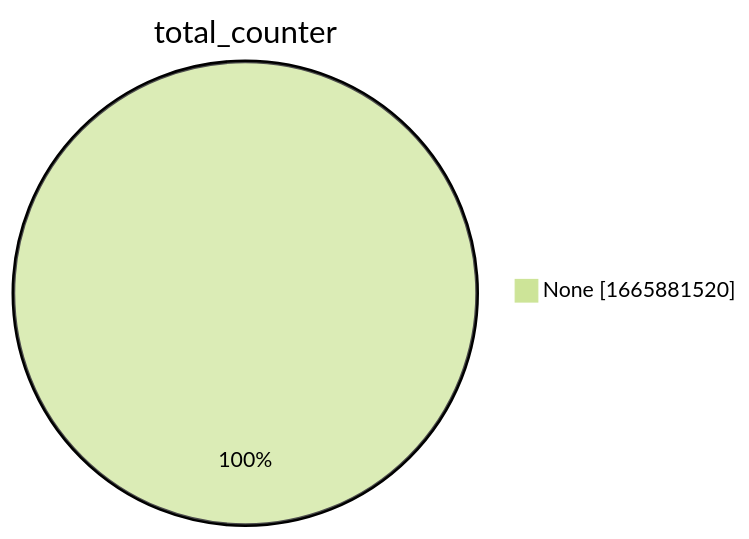
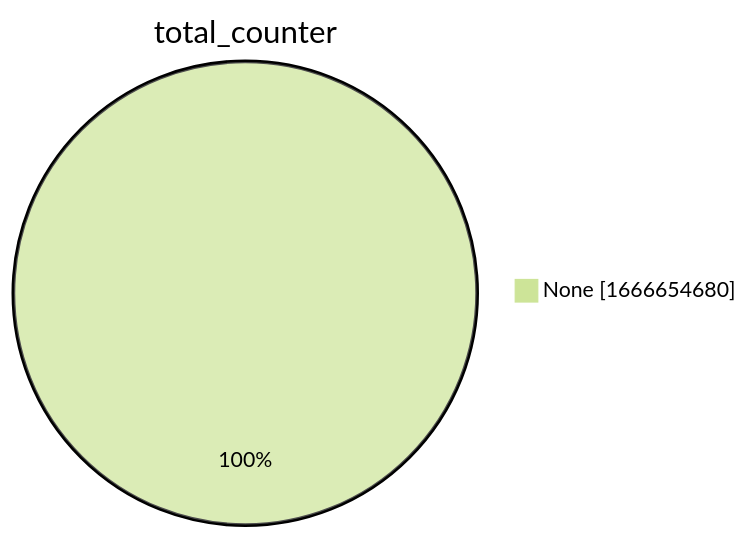
The second of 15 diagrams in xenon2022/README.md (christiankrug/ctmonitor_visualization), drawn with Mermaid (forest theme) before and after one commit. The commit also changed other lines of this file, not shown here.

````diff
--- a/xenon2022/README.md
+++ b/xenon2022/README.md
@@ -9,5 +9,5 @@
 ```mermaid
 pie showData
 title total_counter
-"None" :1665881520
+"None" :1666654680
 ```
````
